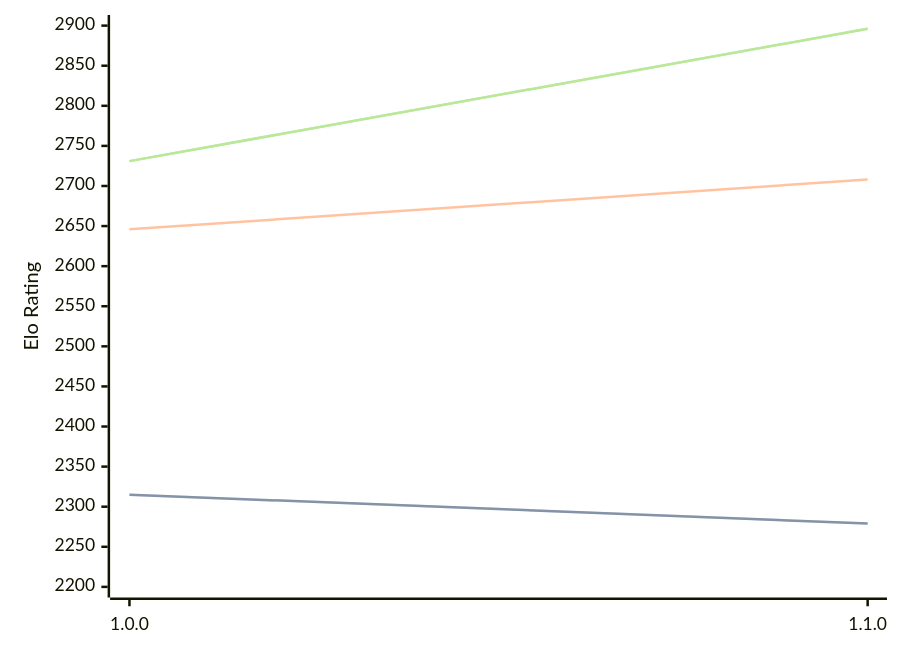
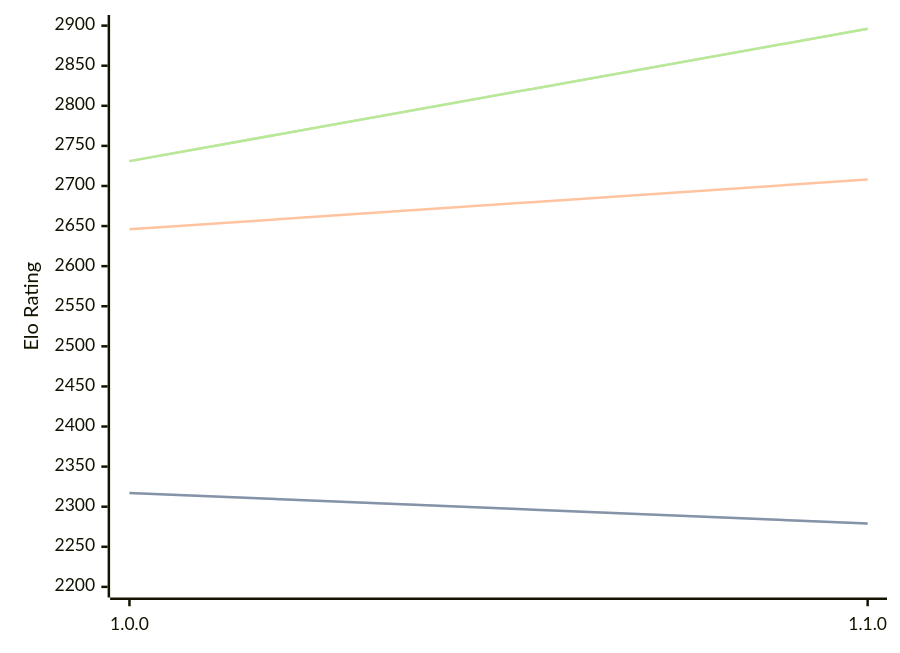
The first of 3 diagrams in engines/ShallowGuess.md (computer-chess-index/cci), drawn with Mermaid before and after one commit. The commit also changed other lines of this file, not shown here.

````diff
--- a/engines/ShallowGuess.md
+++ b/engines/ShallowGuess.md
@@ -36,11 +36,11 @@
 ```mermaid
 %%{init: {"theme":"base","themeVariables":{"seriesColors:['#a3a3a3','#222221','#faa371']}}}%%
 xychart-beta
   x-axis ["1.0.0", "1.1.0"]
   y-axis "Elo Rating" 2200 --> 2900
-  line "STC (8.0+0.08s)" [2315, 2279]
-  line "STC (8.0+0.08s)" [2315, 2279]
+  line "STC (8.0+0.08s)" [2317, 2279]
+  line "STC (8.0+0.08s)" [2317, 2279]
   line "LTC (60.0+0.60s)" [2646, 2708]
   line "VLTC (2m24s+1.12s)" [2731, 2896]
   line "VLTC (2m24s+1.12s)" [2731, 2896]
 ```
````
